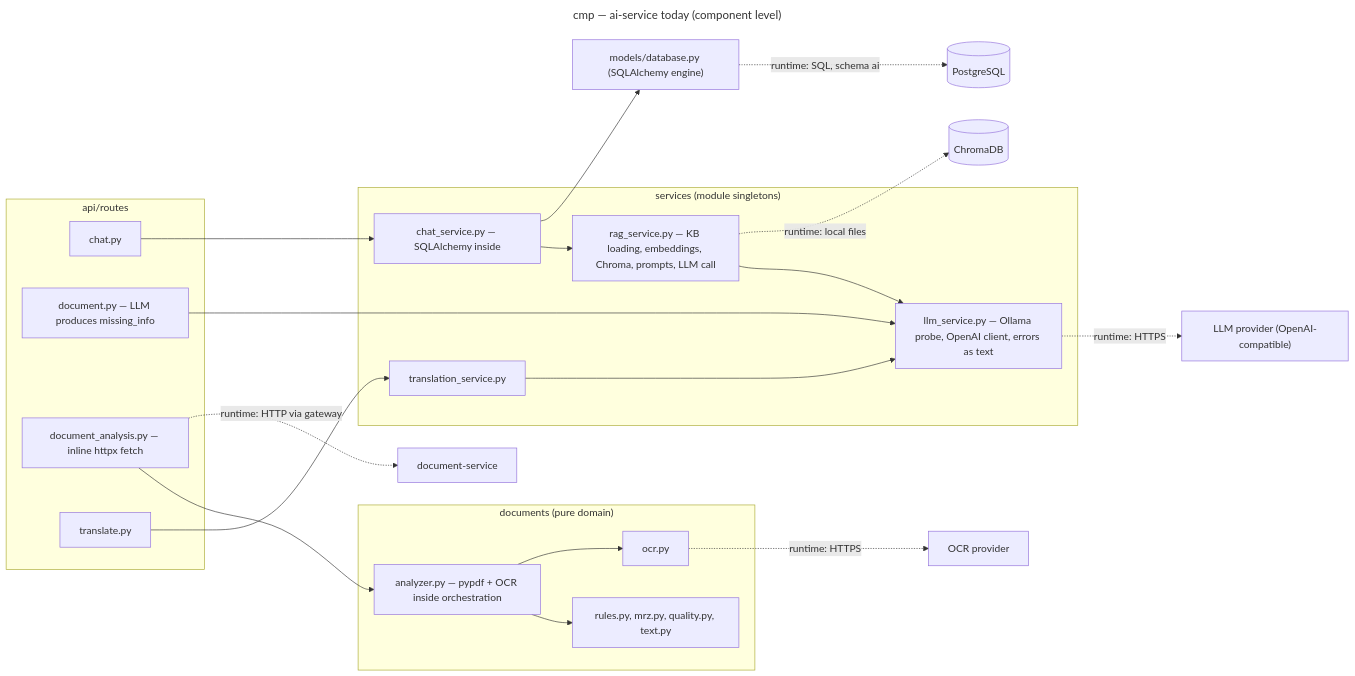
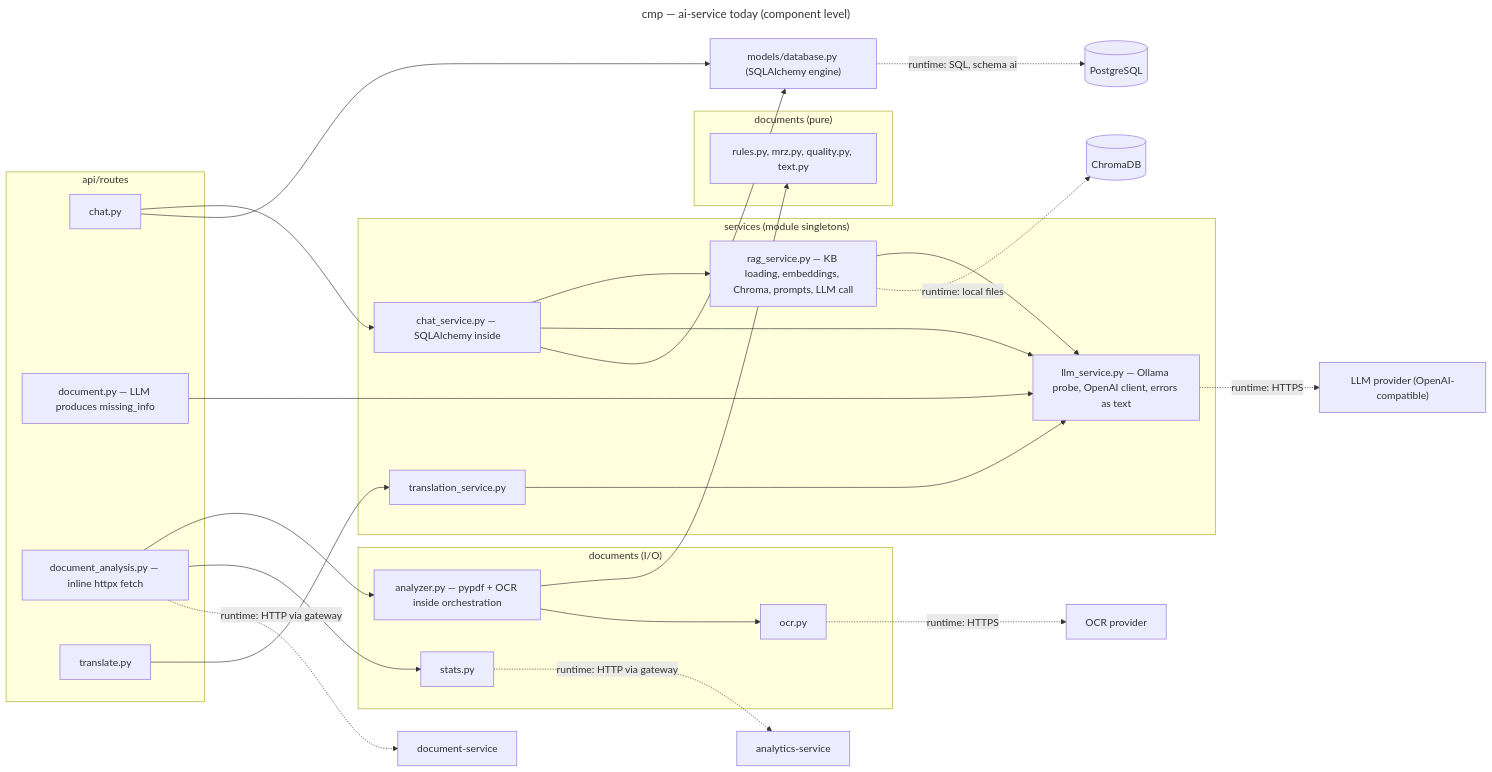
The first of 2 diagrams in docs/architecture/diagrams/architecture/03b-component-ai-service.md (IsmailMifdal/IADAF-YDAYS), drawn with Mermaid before and after one commit. The commit also changed other lines of this file and 6 other files, not shown here.

First line of the commit message:
docs(architecture): fix review findings on ADR-0001 (ISM-116)

````diff
--- a/docs/architecture/diagrams/architecture/03b-component-ai-service.md
+++ b/docs/architecture/diagrams/architecture/03b-component-ai-service.md
@@ -18,39 +18,46 @@
 ```mermaid
 ---
 title: cmp — ai-service today (component level)
 ---
 flowchart LR
   subgraph Routes ["api/routes"]
     RChat["chat.py"]
     RDoc["document.py — LLM produces missing_info"]
     RDocA["document_analysis.py — inline httpx fetch"]
     RTr["translate.py"]
   end
   subgraph Services ["services (module singletons)"]
     Chat["chat_service.py — SQLAlchemy inside"]
     Rag["rag_service.py — KB loading, embeddings, Chroma, prompts, LLM call"]
     Llm["llm_service.py — Ollama probe, OpenAI client, errors as text"]
     Tr["translation_service.py"]
   end
-  subgraph Docs ["documents (pure domain)"]
+  subgraph DocsPure ["documents (pure)"]
     Rules["rules.py, mrz.py, quality.py, text.py"]
+  end
+  subgraph DocsIO ["documents (I/O)"]
     An["analyzer.py — pypdf + OCR inside orchestration"]
     Ocr["ocr.py"]
+    Stats["stats.py"]
   end
   DB["models/database.py (SQLAlchemy engine)"]
   RChat --> Chat
+  RChat --> DB
   RDoc --> Llm
   RDocA --> An
+  RDocA --> Stats
   RTr --> Tr
   Chat --> Rag
+  Chat --> Llm
   Chat --> DB
   Rag --> Llm
   Tr --> Llm
   An --> Rules
   An --> Ocr
   Llm -.->|"runtime: HTTPS"| LLMApi["LLM provider (OpenAI-compatible)"]
   Ocr -.->|"runtime: HTTPS"| OcrApi["OCR provider"]
   Rag -.->|"runtime: local files"| Chroma[("ChromaDB")]
   DB -.->|"runtime: SQL, schema ai"| Pg[("PostgreSQL")]
   RDocA -.->|"runtime: HTTP via gateway"| DocSvc["document-service"]
+  Stats -.->|"runtime: HTTP via gateway"| AnaSvc["analytics-service"]
 ```
````
